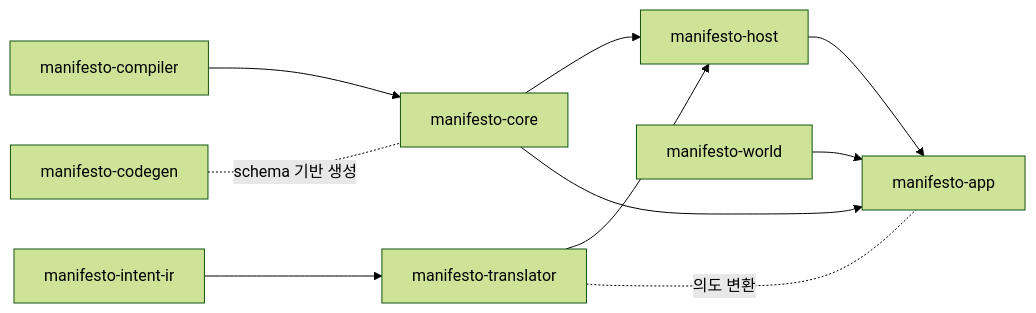
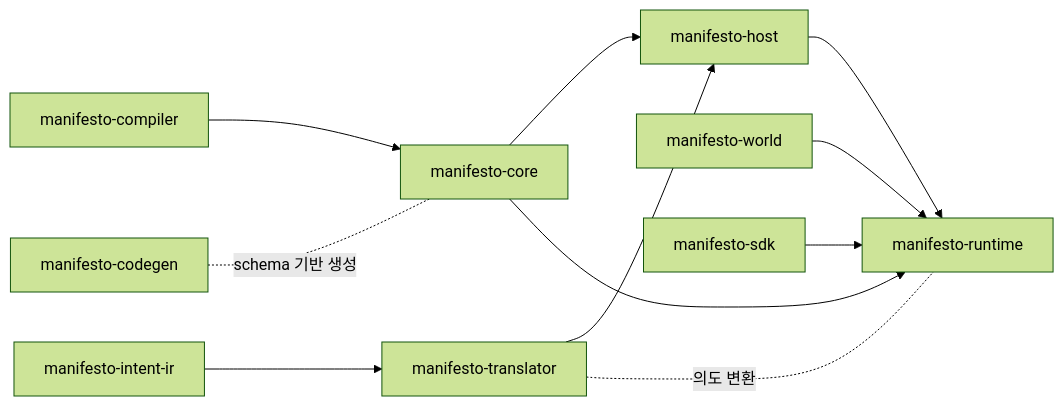
The third of 3 diagrams in docs/ko/book/03-sequence.md (sh827kim/manifasto4j), drawn with Mermaid (forest theme) before and after one commit. The commit also changed other lines of this file and 79 other files, not shown here.

First line of the commit message:
P1 아키텍처 분리: manifesto-sdk/runtime 전환 및 manifesto-app 제거

````diff
--- a/docs/ko/book/03-sequence.md
+++ b/docs/ko/book/03-sequence.md
@@ -58,12 +58,13 @@
 ```mermaid
 graph LR
   Compiler["manifesto-compiler"] --> Core["manifesto-core"]
   IntentIr["manifesto-intent-ir"] --> Translator["manifesto-translator"]
   Translator --> Host["manifesto-host"]
   Core --> Host
-  World["manifesto-world"] --> App["manifesto-app"]
-  Host --> App
-  Core --> App
+  World["manifesto-world"] --> Runtime["manifesto-runtime"]
+  Host --> Runtime
+  Core --> Runtime
+  Sdk["manifesto-sdk"] --> Runtime
   Codegen["manifesto-codegen"] -.schema 기반 생성.- Core
-  Translator -.의도 변환.- App
+  Translator -.의도 변환.- Runtime
 ```
````
